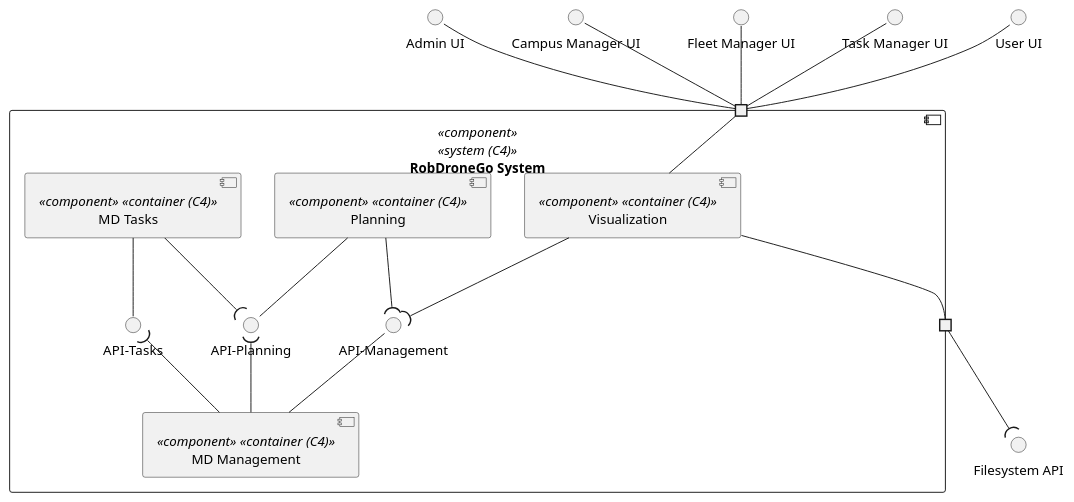
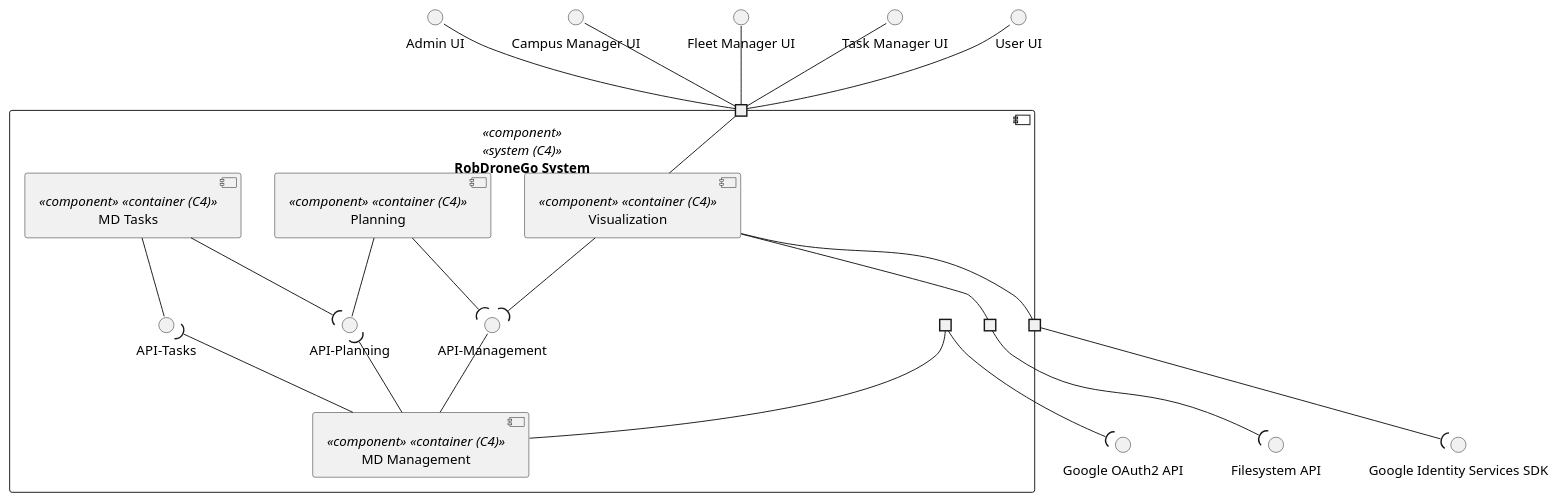
The diagram in _wiki/views/level-2/logic-view/logical-view.puml (miseEnPlace-dev/lapr5), drawn with PlantUML before and after one commit. The commit also changed 3 other files, not shown here.

```diff
--- a/_wiki/views/level-2/logic-view/logical-view.puml
+++ b/_wiki/views/level-2/logic-view/logical-view.puml
@@ -1,50 +1,58 @@
 @startuml logical-view
 
 interface "Admin UI" as AUI
 interface "Campus Manager UI" as CUI
 interface "Fleet Manager UI" as FUI
 interface "Task Manager UI" as TUI
 interface "User UI" as UUI
 interface "Filesystem API" as FS
+interface "Google OAuth2 API" as GA
+interface "Google Identity Services SDK" as GS
 
 component "RobDroneGo System" <<component>> <<system (C4)>> {
   portin " " as P1
   portout " " as P2
+  portout " " as P3
+  portout " " as P4
 
   Interface "API-Management" as API
   Interface "API-Planning" as PAPI
   Interface "API-Tasks" as TAPI
   
   component "Visualization" as V <<component>> <<container (C4)>> {
   }
 
   component "MD Management" as MDM <<component>> <<container (C4)>> {
   }
 
   component "Planning" as P <<component>> <<container (C4)>> {
   }
 
   component "MD Tasks" as MDT <<component>> <<container (C4)>> {
   }
 }
 
 
 V -- P1
 V -- P2
+V -- P4
 MDM -up- API
+MDM -- P3
 V --( API
 P --( API
 P -- PAPI
 MDM -up-( PAPI
 MDT -- TAPI
 MDM -up-( TAPI
 MDT --( PAPI
 
 AUI -- P1
 CUI -- P1
 FUI -- P1
 TUI -- P1
 UUI -- P1
 P2 --( FS
+P3 --( GA
+P4 --( GS
 
 @enduml
```
